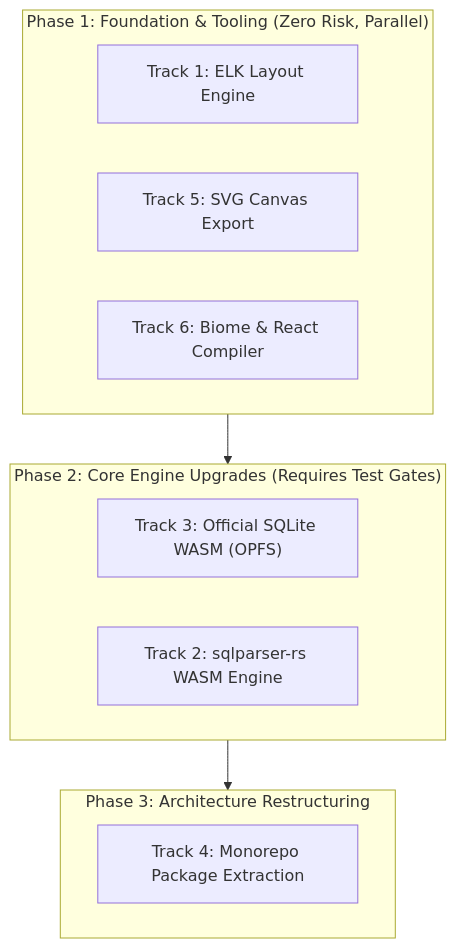
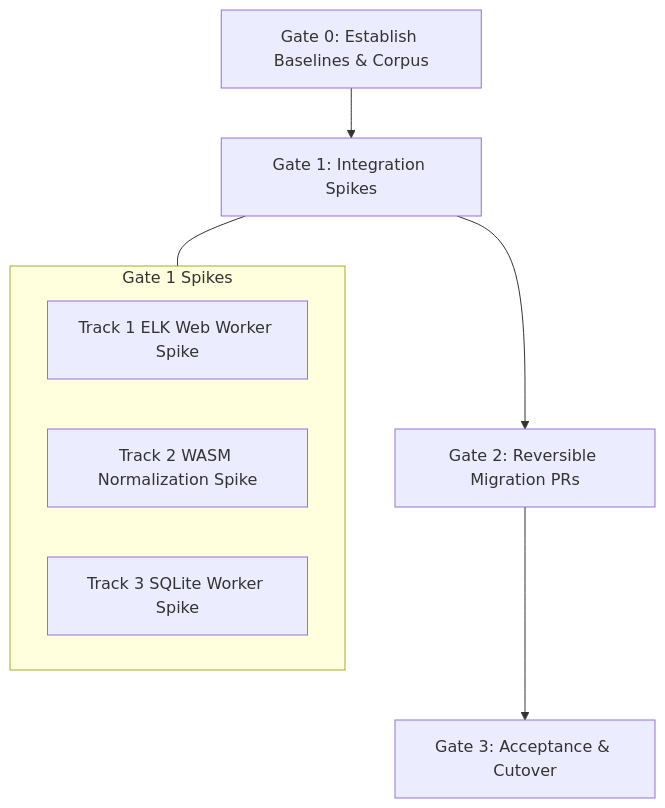
Before and after one commit to ayushmi77al/erd-forge: the second of 2 diagrams in docs/future-development/TECH_UPGRADE_PLAN.md, drawn with Mermaid. The commit also changed other lines of this file and 257 other files, not shown here.

````diff
--- a/docs/future-development/TECH_UPGRADE_PLAN.md
+++ b/docs/future-development/TECH_UPGRADE_PLAN.md
@@ -522,20 +1103,13 @@
 ```mermaid
 flowchart TD
-    subgraph P1 ["Phase 1: Foundation & Tooling (Zero Risk, Parallel)"]
-        T1["Track 1: ELK Layout Engine"]
-        T5["Track 5: SVG Canvas Export"]
-        T6["Track 6: Biome & React Compiler"]
+    G0["Gate 0: Establish Baselines & Corpus"] --> G1["Gate 1: Integration Spikes"]
+    G1 --> G2["Gate 2: Reversible Migration PRs"]
+    G2 --> G3["Gate 3: Acceptance & Cutover"]
+
+    subgraph G1_Details ["Gate 1 Spikes"]
+        S1["Track 1 ELK Web Worker Spike"]
+        S2["Track 2 WASM Normalization Spike"]
+        S3["Track 3 SQLite Worker Spike"]
     end
-
-    subgraph P2 ["Phase 2: Core Engine Upgrades (Requires Test Gates)"]
-        T3["Track 3: Official SQLite WASM (OPFS)"]
-        T2["Track 2: sqlparser-rs WASM Engine"]
-    end
-
-    subgraph P3 ["Phase 3: Architecture Restructuring"]
-        T4["Track 4: Monorepo Package Extraction"]
-    end
-
-    P1 --> P2
-    P2 --> P3
+    G1 --- G1_Details
 ```
````
